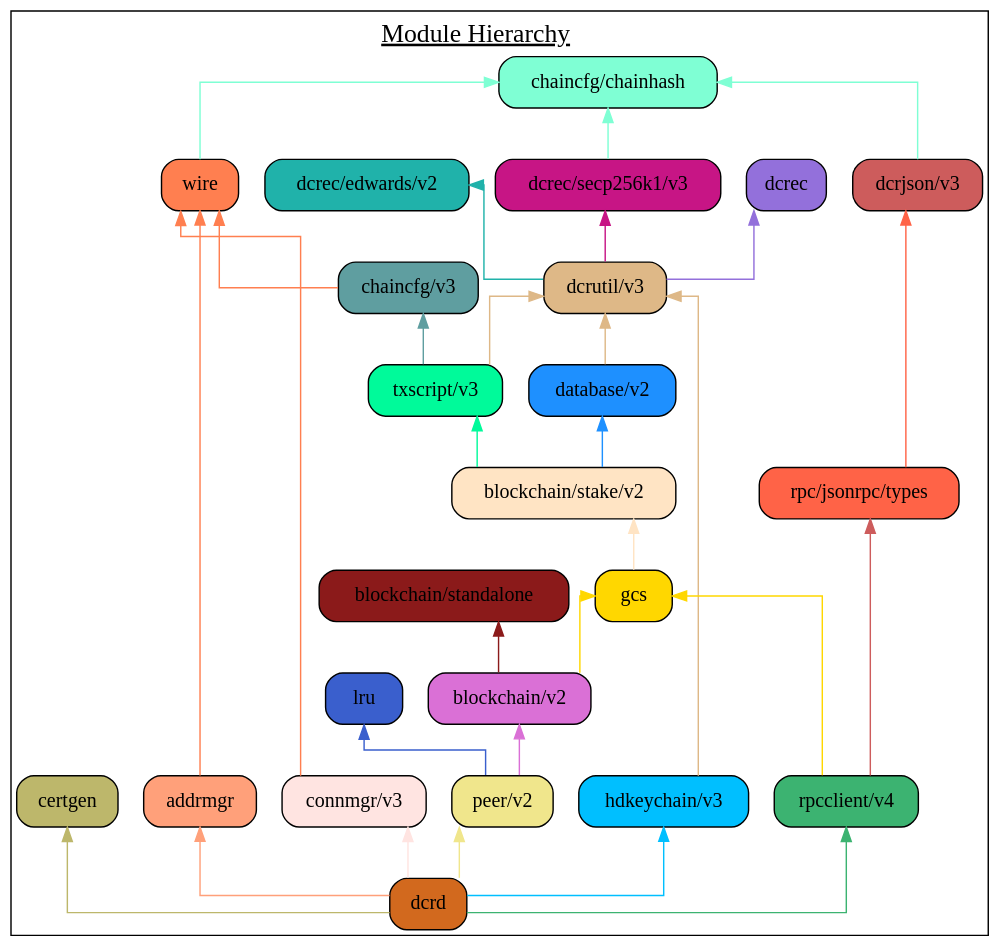
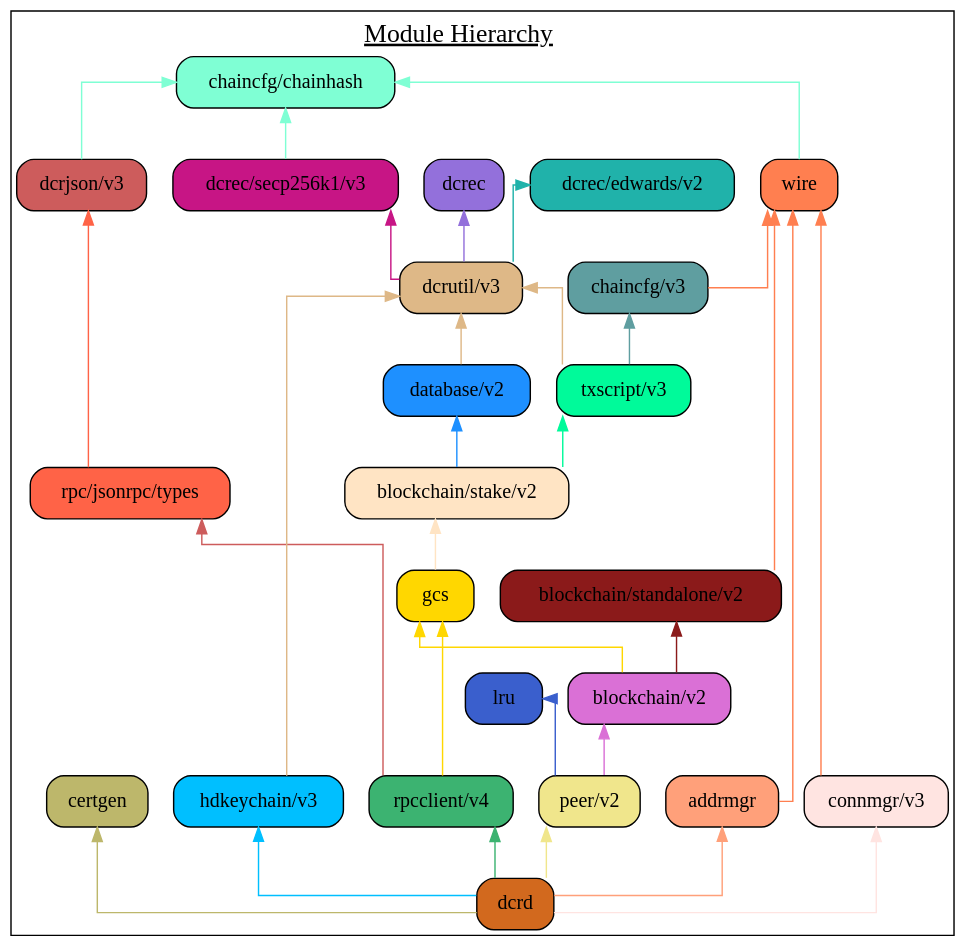
One commit to decred/dcrd changed the diagram in docs/assets/module_hierarchy.gv. Above: the diagram before and after it, drawn with Graphviz. The commit also changed 2 other files, not shown here.

Commit message:
docs: Update for blockchain/standalone v2 module.
This updates the docs/README.md file, module hierarchy graphviz, and
module hierarchy diagram to reflect the new module version and the
removal of the chaincfg dependency.

```diff
--- a/docs/assets/module_hierarchy.gv
+++ b/docs/assets/module_hierarchy.gv
@@ -1,63 +1,64 @@
 digraph {
 	graph [splines=ortho colorscheme=svg label=<<u>Module Hierarchy</u>> labelloc=t fontsize=18.0]
 	node [shape=box style="filled, rounded"]
 
 	certgen [label="certgen" fillcolor=darkkhaki]
 	chainhash [label="chaincfg/chainhash" fillcolor=aquamarine]
 	dcrjson [label="dcrjson/v3" fillcolor=indianred]
 	types [label="rpc/jsonrpc/types" fillcolor=tomato]
 	wire [label="wire" fillcolor=coral]
 	addrmgr [label="addrmgr" fillcolor=lightsalmon]
 	chaincfg [label="chaincfg/v3" fillcolor=cadetblue]
 	connmgr [label="connmgr/v3" fillcolor=mistyrose]
 	dcrec [label="dcrec" fillcolor=mediumpurple]
 	edwards [label="dcrec/edwards/v2" fillcolor=lightseagreen]
 	secp256k1 [label="dcrec/secp256k1/v3" fillcolor=mediumvioletred]
 	dcrutil [label="dcrutil/v3" fillcolor=burlywood]
 	database [label="database/v2" fillcolor=dodgerblue]
 	hdkeychain [label="hdkeychain/v3" fillcolor=deepskyblue]
 	txscript [label="txscript/v3" fillcolor=mediumspringgreen]
 	stake [label="blockchain/stake/v2" fillcolor=bisque]
-	standalone [label="blockchain/standalone" fillcolor=firebrick4]
+	standalone [label="blockchain/standalone/v2" fillcolor=firebrick4]
 	gcs [label="gcs" fillcolor=gold]
 	blockchain [label="blockchain/v2" fillcolor=orchid]
 	lru  [label="lru" fillcolor=royalblue3]
 	peer [label="peer/v2" fillcolor=khaki]
 	rpcclient [label="rpcclient/v4" fillcolor=mediumseagreen]
 	dcrd [label="dcrd" fillcolor=chocolate]
 
 	{rank=same connmgr addrmgr hdkeychain peer rpcclient}
 
 	certgen
 	chaincfg -> txscript [dir=back color=cadetblue]
 	chainhash -> dcrjson [dir=back color=aquamarine]
 	chainhash -> wire [dir=back color=aquamarine]
 	wire -> addrmgr [dir=back color=coral]
 	wire -> chaincfg [dir=back color=coral]
 	wire -> connmgr [dir=back color=coral]
+	wire -> standalone [dir=back color=coral]
 	chainhash -> secp256k1 [dir=back color=aquamarine]
 	dcrec -> dcrutil [dir=back color=mediumpurple]
 	edwards ->  dcrutil [dir=back color=lightseagreen]
 	secp256k1 ->  dcrutil [dir=back color=mediumvioletred]
 	dcrutil -> database [dir=back color=burlywood]
 	dcrutil -> hdkeychain [dir=back color=burlywood]
 	dcrutil -> txscript [dir=back color=burlywood]
 	database ->  stake [dir=back color=dodgerblue]
 	txscript -> stake [dir=back color=mediumspringgreen]
 	stake -> gcs [dir=back color=bisque]
 	standalone -> blockchain [dir=back color=firebrick4]
 	gcs -> blockchain [dir=back color=gold]
 	gcs -> rpcclient [dir=back color=gold]
 
 	lru -> peer [dir=back color=royalblue3]
 	blockchain -> peer [dir=back color=orchid]
 	dcrjson -> types [dir=back color=tomato]
 	types -> rpcclient [dir=back color=indianred]
 
 	certgen -> dcrd [dir=back color=darkkhaki]
 	addrmgr -> dcrd [dir=back color=lightsalmon]
 	hdkeychain -> dcrd [dir=back color=deepskyblue]
 	connmgr -> dcrd [dir=back color=mistyrose]
 	rpcclient -> dcrd [dir=back color=mediumseagreen]
 	peer -> dcrd [dir=back color=khaki]
 }
```
